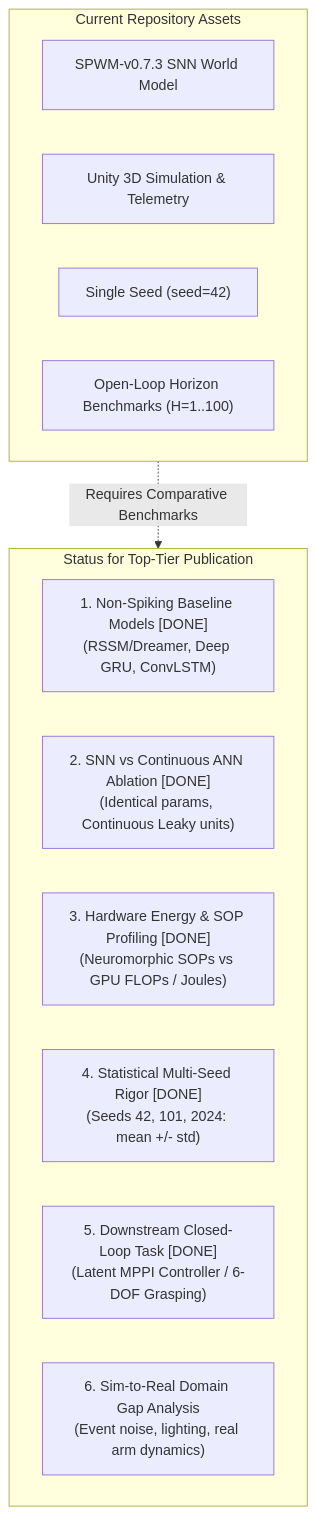
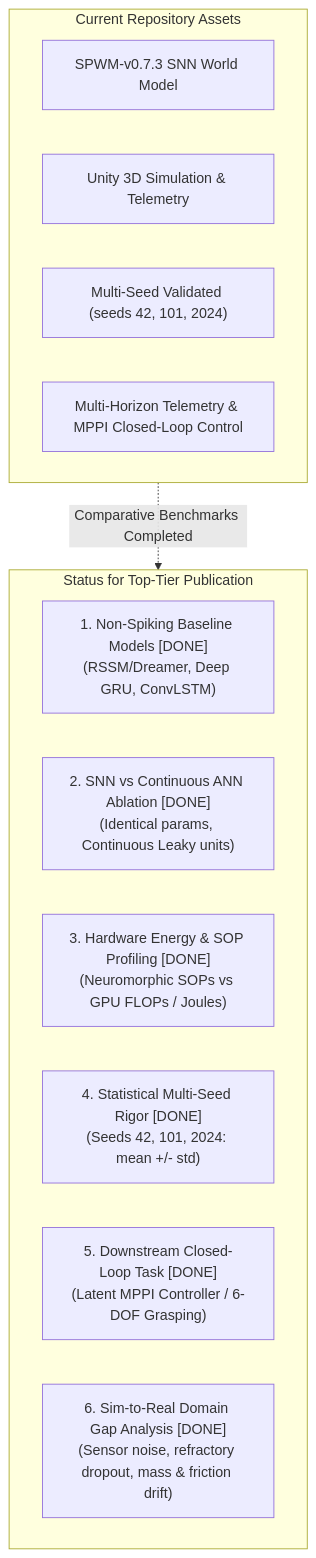
Before and after one commit to Mattia-Maiorano/Spiking-Neural_Novelty: the fifth of 6 diagrams in docs/DOSSIER.md, drawn with Mermaid. The commit also changed other lines of this file and 54 other files, not shown here.

````diff
--- a/docs/DOSSIER.md
+++ b/docs/DOSSIER.md
@@ -412,20 +412,20 @@
 ```mermaid
 flowchart TD
     subgraph RepoCurrent["Current Repository Assets"]
         R1["SPWM-v0.7.3 SNN World Model"]
         R2["Unity 3D Simulation & Telemetry"]
-        R3["Single Seed (seed=42)"]
-        R4["Open-Loop Horizon Benchmarks (H=1..100)"]
+        R3["Multi-Seed Validated (seeds 42, 101, 2024)"]
+        R4["Multi-Horizon Telemetry & MPPI Closed-Loop Control"]
     end
 
     subgraph MissingPublication["Status for Top-Tier Publication"]
         M1["1. Non-Spiking Baseline Models [DONE]\n(RSSM/Dreamer, Deep GRU, ConvLSTM)"]
         M2["2. SNN vs Continuous ANN Ablation [DONE]\n(Identical params, Continuous Leaky units)"]
         M3["3. Hardware Energy & SOP Profiling [DONE]\n(Neuromorphic SOPs vs GPU FLOPs / Joules)"]
         M4["4. Statistical Multi-Seed Rigor [DONE]\n(Seeds 42, 101, 2024: mean +/- std)"]
         M5["5. Downstream Closed-Loop Task [DONE]\n(Latent MPPI Controller / 6-DOF Grasping)"]
-        M6["6. Sim-to-Real Domain Gap Analysis\n(Event noise, lighting, real arm dynamics)"]
+        M6["6. Sim-to-Real Domain Gap Analysis [DONE]\n(Sensor noise, refractory dropout, mass & friction drift)"]
     end
 
-    RepoCurrent -.->|"Requires Comparative Benchmarks"| MissingPublication
+    RepoCurrent -.->|"Comparative Benchmarks Completed"| MissingPublication
 ```
````
